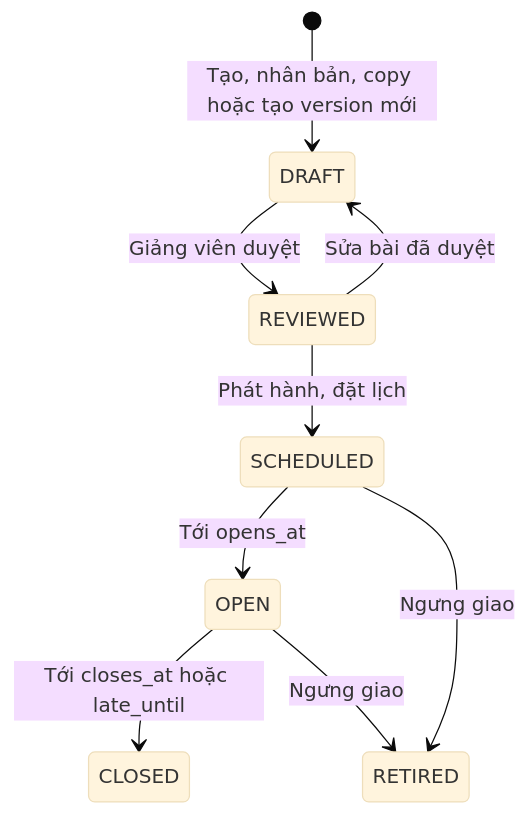
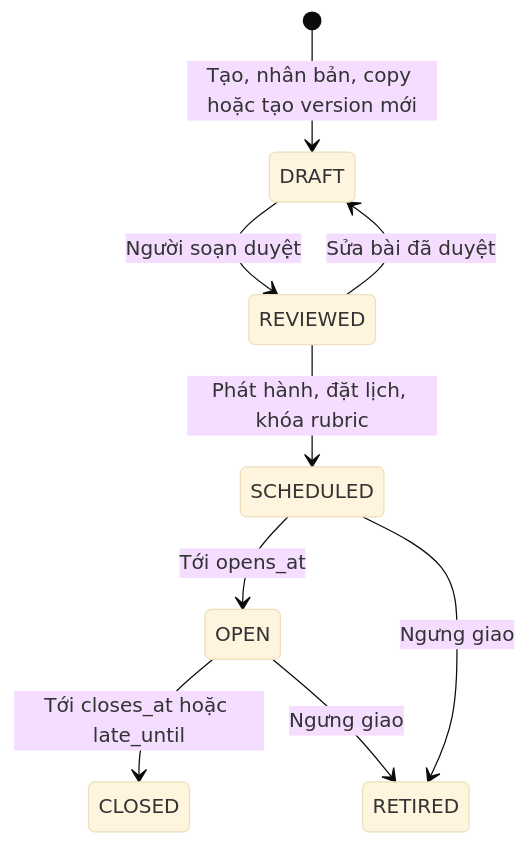
The first of 2 diagrams in aidlc-docs/construction/u08-assessment-core-publication/functional-design/domain-entities.md (hygef-v4/AI-Powered-Learning-Platform), drawn with Mermaid (base theme) before and after one commit. The commit also changed other lines of this file and 185 other files, not shown here.

````diff
--- a/aidlc-docs/construction/u08-assessment-core-publication/functional-design/domain-entities.md
+++ b/aidlc-docs/construction/u08-assessment-core-publication/functional-design/domain-entities.md
@@ -47,11 +46,11 @@
 ```mermaid
 stateDiagram-v2
     [*] --> DRAFT: Tạo, nhân bản, copy hoặc tạo version mới
-    DRAFT --> REVIEWED: Giảng viên duyệt
+    DRAFT --> REVIEWED: Người soạn duyệt
     REVIEWED --> DRAFT: Sửa bài đã duyệt
-    REVIEWED --> SCHEDULED: Phát hành, đặt lịch
+    REVIEWED --> SCHEDULED: Phát hành, đặt lịch, khóa rubric
     SCHEDULED --> OPEN: Tới opens_at
     OPEN --> CLOSED: Tới closes_at hoặc late_until
     SCHEDULED --> RETIRED: Ngưng giao
     OPEN --> RETIRED: Ngưng giao
 ```
````
